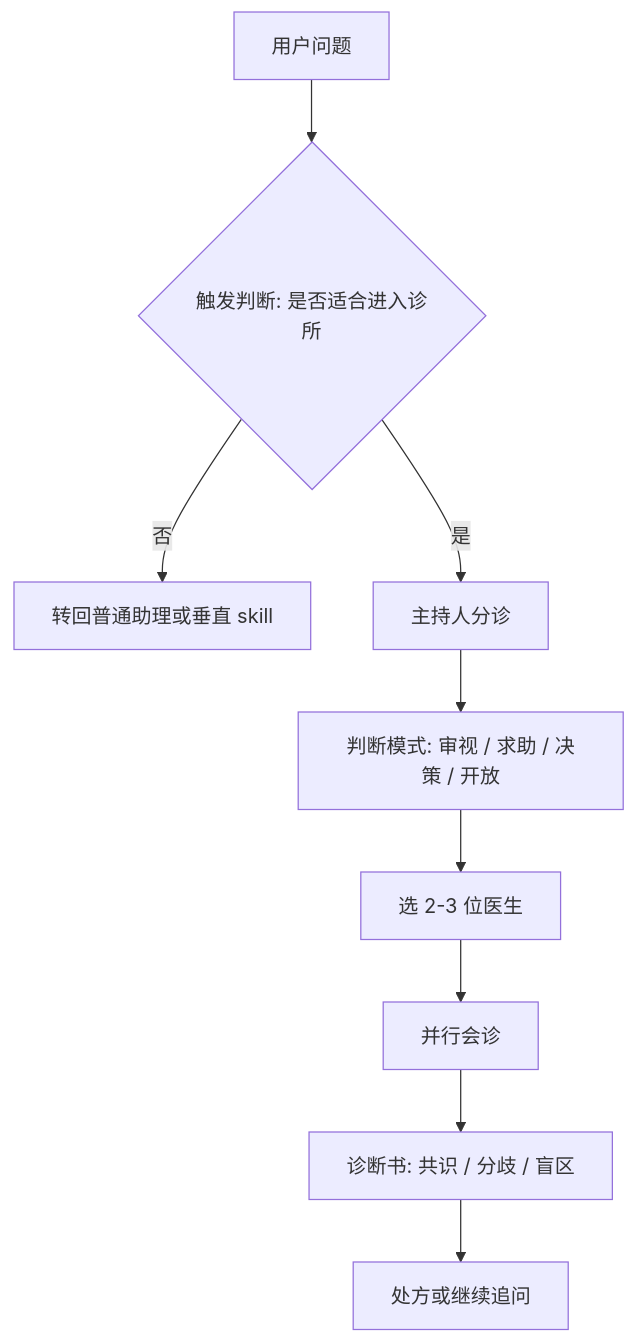
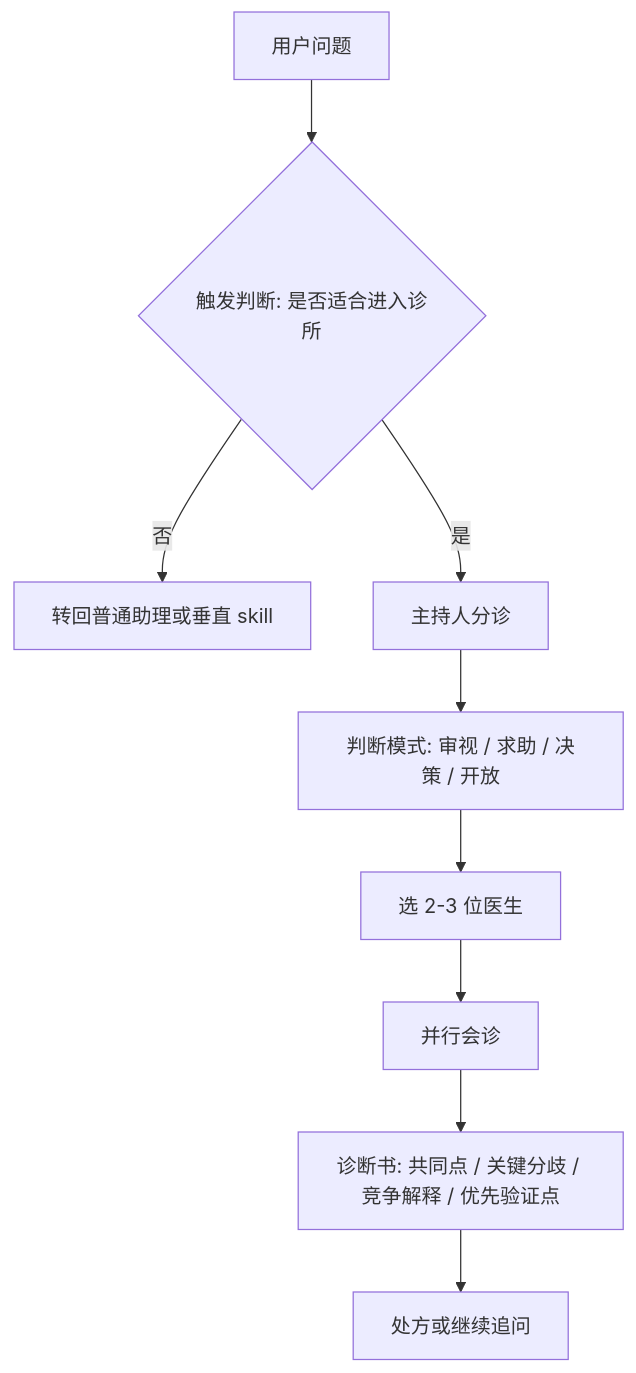
One commit to zexuanw958-svg/clinic-skill changed the first of 2 diagrams in README.md. Above: the diagram before and after it, drawn with Mermaid. The commit also changed other lines of this file and 1 other file, not shown here.

````diff
--- a/README.md
+++ b/README.md
@@ -121,11 +121,11 @@
 ```mermaid
 flowchart TD
     A[用户问题] --> B{触发判断: 是否适合进入诊所}
     B -- 否 --> C[转回普通助理或垂直 skill]
     B -- 是 --> D[主持人分诊]
     D --> E[判断模式: 审视 / 求助 / 决策 / 开放]
     E --> F[选 2-3 位医生]
     F --> G[并行会诊]
-    G --> H[诊断书: 共识 / 分歧 / 盲区]
+    G --> H[诊断书: 共同点 / 关键分歧 / 竞争解释 / 优先验证点]
     H --> I[处方或继续追问]
 ```
````
